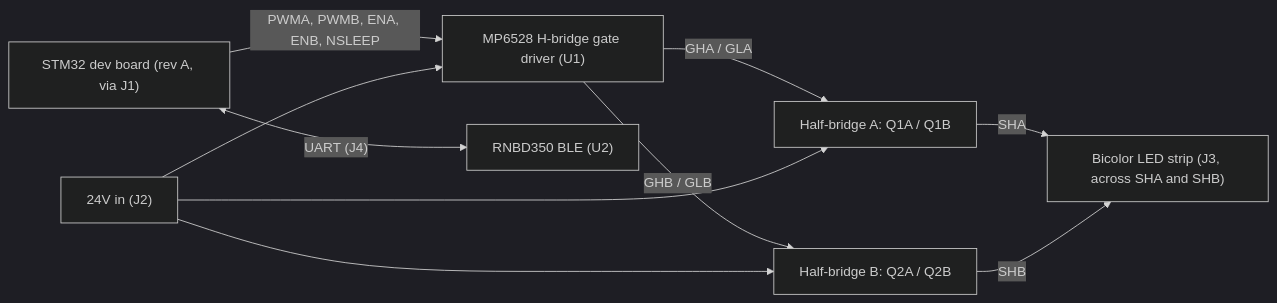
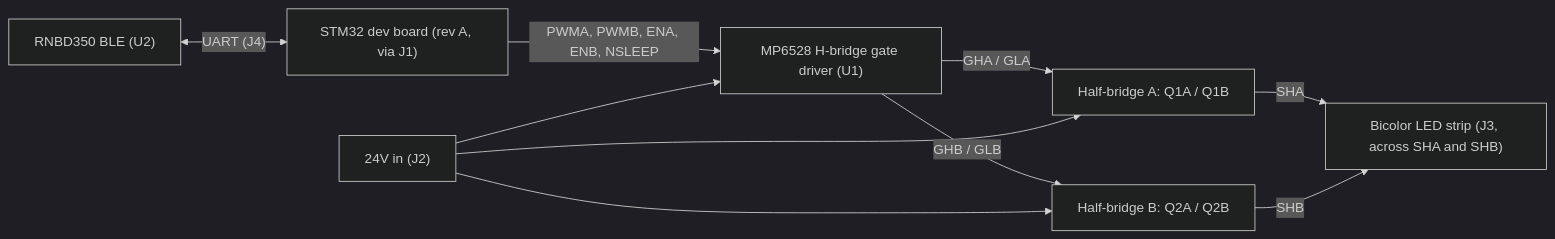
The diagram in docs/01_system_architecture.md (AShadyPCB/led-shelf-controller), drawn with Mermaid (dark theme) before and after one commit.

````diff
--- a/docs/01_system_architecture.md
+++ b/docs/01_system_architecture.md
@@ -22,20 +22,20 @@
 ```mermaid
 flowchart LR
   PWR["24V in (J2)"]
   MCU["STM32 dev board (rev A, via J1)"]
   U1["MP6528 H-bridge gate driver (U1)"]
   HBA["Half-bridge A: Q1A / Q1B"]
   HBB["Half-bridge B: Q2A / Q2B"]
   STRIP["Bicolor LED strip (J3, across SHA and SHB)"]
   BLE["RNBD350 BLE (U2)"]
 
   MCU -->|"PWMA, PWMB, ENA, ENB, NSLEEP"| U1
-  MCU <-->|"UART (J4)"| BLE
+  BLE <-->|"UART (J4)"|MCU
   U1 -->|"GHA / GLA"| HBA
   U1 -->|"GHB / GLB"| HBB
   PWR --> U1
   PWR --> HBA
   PWR --> HBB
   HBA -->|"SHA"| STRIP
   HBB -->|"SHB"| STRIP
 ```
````
